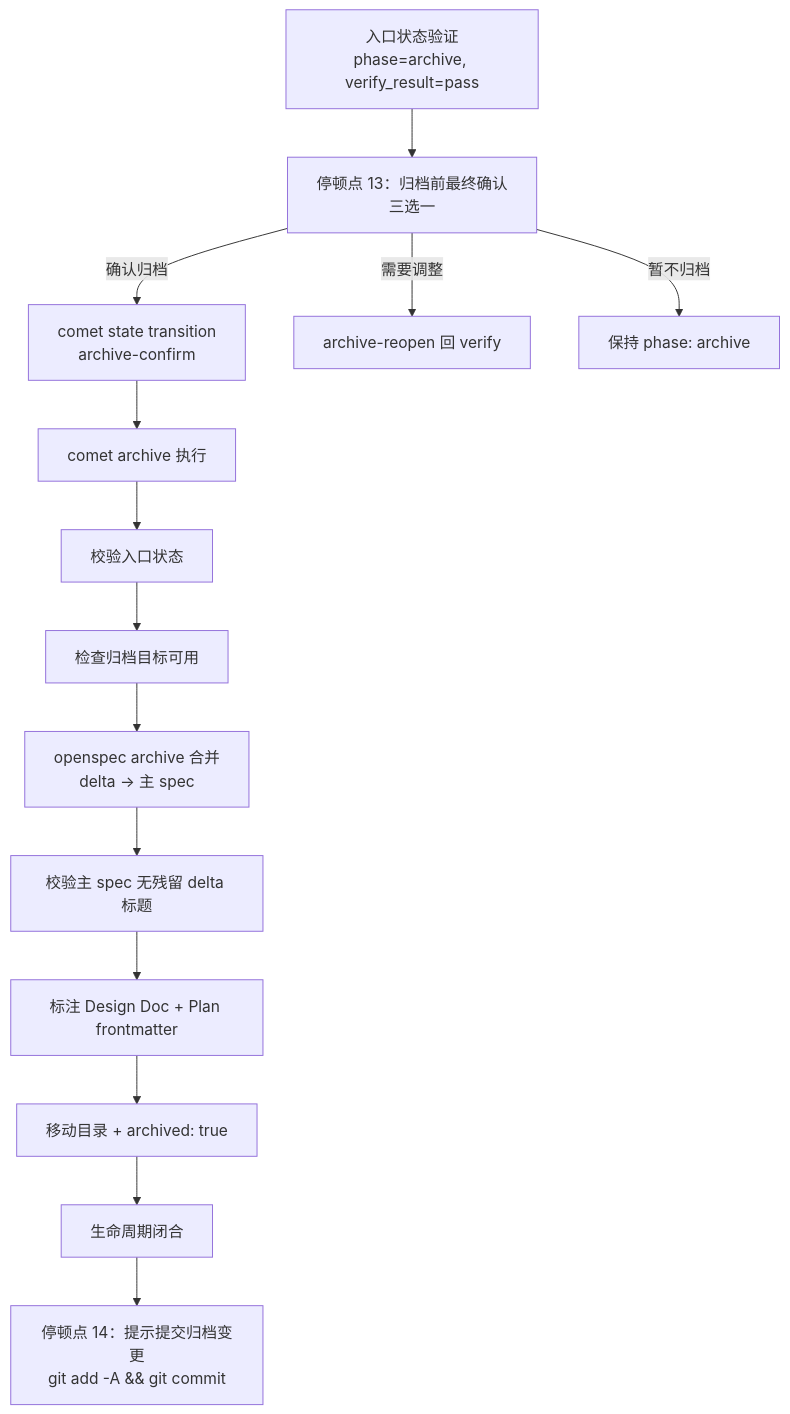
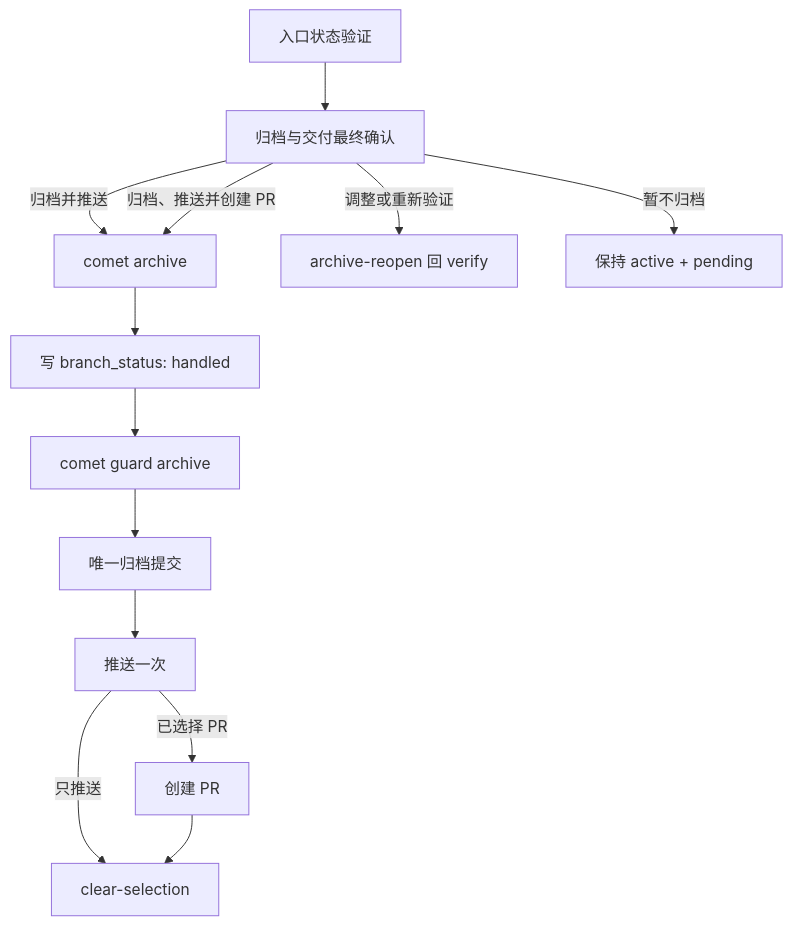
One commit to rpamis/comet-website-docs changed the diagram in zh/phases/archive.mdx. Above: the diagram before and after it, drawn with Mermaid. The commit also changed other lines of this file and 21 other files, not shown here.

Commit message:
docs: update Classic archive delivery flow

````diff
--- a/zh/phases/archive.mdx
+++ b/zh/phases/archive.mdx
@@ -38,16 +24,15 @@
 ```mermaid
 flowchart TD
-    Entry["入口状态验证<br/>phase=archive, verify_result=pass"] --> Stop1["停顿点 13：归档前最终确认<br/>三选一"]
-    Stop1 -->|确认归档| Confirm["comet state transition<br/>archive-confirm"]
-    Confirm --> Run["comet archive 执行"]
-    Stop1 -->|需要调整| Reopen["archive-reopen 回 verify"]
-    Stop1 -->|暂不归档| Keep["保持 phase: archive"]
-    Run --> S1["校验入口状态"]
-    S1 --> S2["检查归档目标可用"]
-    S2 --> S3["openspec archive 合并<br/>delta → 主 spec"]
-    S3 --> S4["校验主 spec 无残留 delta 标题"]
-    S4 --> S5["标注 Design Doc + Plan frontmatter"]
-    S5 --> S6["移动目录 + archived: true"]
-    S6 --> Done["生命周期闭合"]
-    Done --> Commit["停顿点 14：提示提交归档变更<br/>git add -A && git commit"]
+    Entry["入口状态验证"] --> Confirm["归档与交付最终确认"]
+    Confirm -->|归档并推送| Archive["comet archive"]
+    Confirm -->|归档、推送并创建 PR| Archive
+    Confirm -->|调整或重新验证| Reopen["archive-reopen 回 verify"]
+    Confirm -->|暂不归档| Keep["保持 active + pending"]
+    Archive --> State["写 branch_status: handled"]
+    State --> Guard["comet guard archive"]
+    Guard --> Commit["唯一归档提交"]
+    Commit --> Push["推送一次"]
+    Push -->|已选择 PR| PR["创建 PR"]
+    Push -->|只推送| Clear["clear-selection"]
+    PR --> Clear
 ```
````
